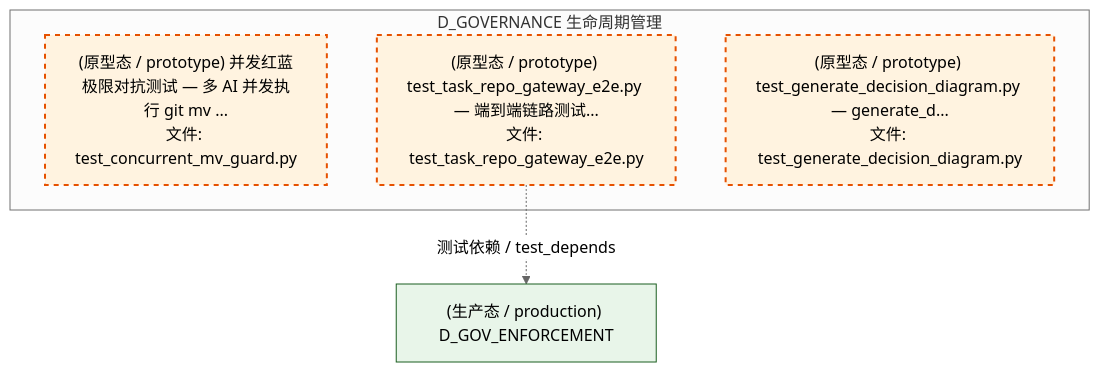
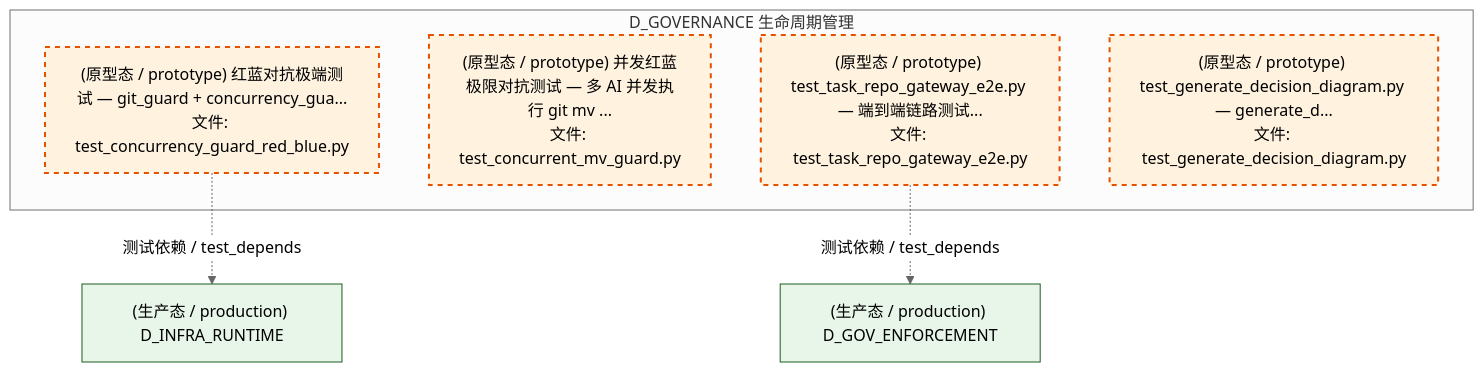
Before and after one commit to xuanFelixVan/ZephyrAlpha: the eighth of 12 diagrams in docs/02_enterprise_architecture/02_domain_architecture_docs/38_d_governance.md, drawn with Mermaid (neutral theme). The commit also changed other lines of this file and 85 other files, not shown here.

First line of the commit message:
chore(docs): auto-regenerate domain docs by GitCommitGateway post-commit

````diff
--- a/docs/02_enterprise_architecture/02_domain_architecture_docs/38_d_governance.md
+++ b/docs/02_enterprise_architecture/02_domain_architecture_docs/38_d_governance.md
@@ -917,16 +926,19 @@
 ```mermaid
 graph TD
     subgraph D_GOVERNANCE["D_GOVERNANCE 生命周期管理"]
+        tests_rollback_test_concurrency_guard_red_blue_py["(原型态 / prototype) 红蓝对抗极端测试 — git_guard + concurrency_gua...<br/>文件: test_concurrency_guard_red_blue.py"]
         tests_rollback_test_concurrent_mv_guard_py["(原型态 / prototype) 并发红蓝极限对抗测试 — 多 AI 并发执行 git mv ...<br/>文件: test_concurrent_mv_guard.py"]
         tests_task_test_task_repo_gateway_e2e_py["(原型态 / prototype) test_task_repo_gateway_e2e.py — 端到端链路测试...<br/>文件: test_task_repo_gateway_e2e.py"]
         tests_test_generate_decision_diagram_py["(原型态 / prototype) test_generate_decision_diagram.py — generate_d...<br/>文件: test_generate_decision_diagram.py"]
     end
     D_GOV_ENFORCEMENT["(生产态 / production) D_GOV_ENFORCEMENT"]
     tests_task_test_task_repo_gateway_e2e_py -.->|测试依赖 / test_depends| D_GOV_ENFORCEMENT
+    D_INFRA_RUNTIME["(生产态 / production) D_INFRA_RUNTIME"]
+    tests_rollback_test_concurrency_guard_red_blue_py -.->|测试依赖 / test_depends| D_INFRA_RUNTIME
     classDef production fill:#e1f5fe,stroke:#01579b,stroke-width:2px,color:#000
     classDef design fill:#fff3e0,stroke:#e65100,stroke-width:2px,color:#000,stroke-dasharray: 5 5
     classDef external_prod fill:#e8f5e9,stroke:#1b5e20,stroke-width:1px,color:#000
     classDef external_design fill:#fce4ec,stroke:#880e4f,stroke-width:1px,color:#000,stroke-dasharray: 5 5
-    class tests_rollback_test_concurrent_mv_guard_py,tests_task_test_task_repo_gateway_e2e_py,tests_test_generate_decision_diagram_py design
-    class D_GOV_ENFORCEMENT external_prod
+    class tests_rollback_test_concurrency_guard_red_blue_py,tests_rollback_test_concurrent_mv_guard_py,tests_task_test_task_repo_gateway_e2e_py,tests_test_generate_decision_diagram_py design
+    class D_GOV_ENFORCEMENT,D_INFRA_RUNTIME external_prod
 ```
````
